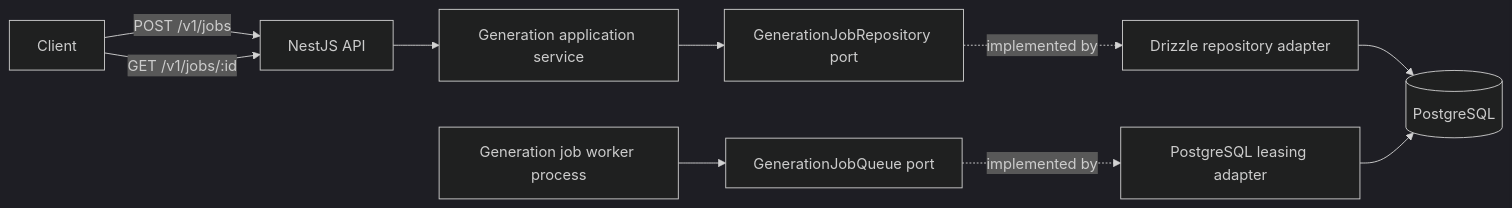
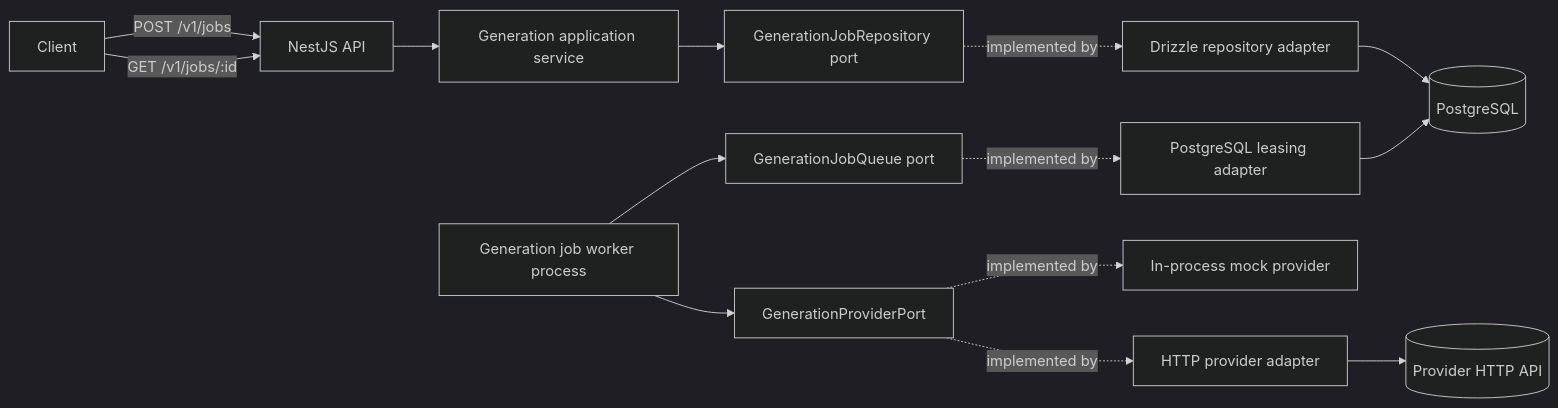
Before and after one commit to hyojii00/afds-generation-platform: the diagram in docs/architecture/system.md, drawn with Mermaid (dark theme). The commit also changed other lines of this file and 30 other files, not shown here.

````diff
--- a/docs/architecture/system.md
+++ b/docs/architecture/system.md
@@ -5,12 +5,16 @@
 ```mermaid
 flowchart LR
   Client -->|POST /v1/jobs| API[NestJS API]
   Client -->|GET /v1/jobs/:id| API
   API --> Application[Generation application service]
   Application --> Repository[GenerationJobRepository port]
   Repository -. implemented by .-> Adapter[Drizzle repository adapter]
   Adapter --> PostgreSQL[(PostgreSQL)]
   Worker[Generation job worker process] --> Queue[GenerationJobQueue port]
   Queue -. implemented by .-> Leasing[PostgreSQL leasing adapter]
   Leasing --> PostgreSQL
+  Worker --> Port[GenerationProviderPort]
+  Port -. implemented by .-> Mock[In-process mock provider]
+  Port -. implemented by .-> Http[HTTP provider adapter]
+  Http --> External[(Provider HTTP API)]
 ```
````
